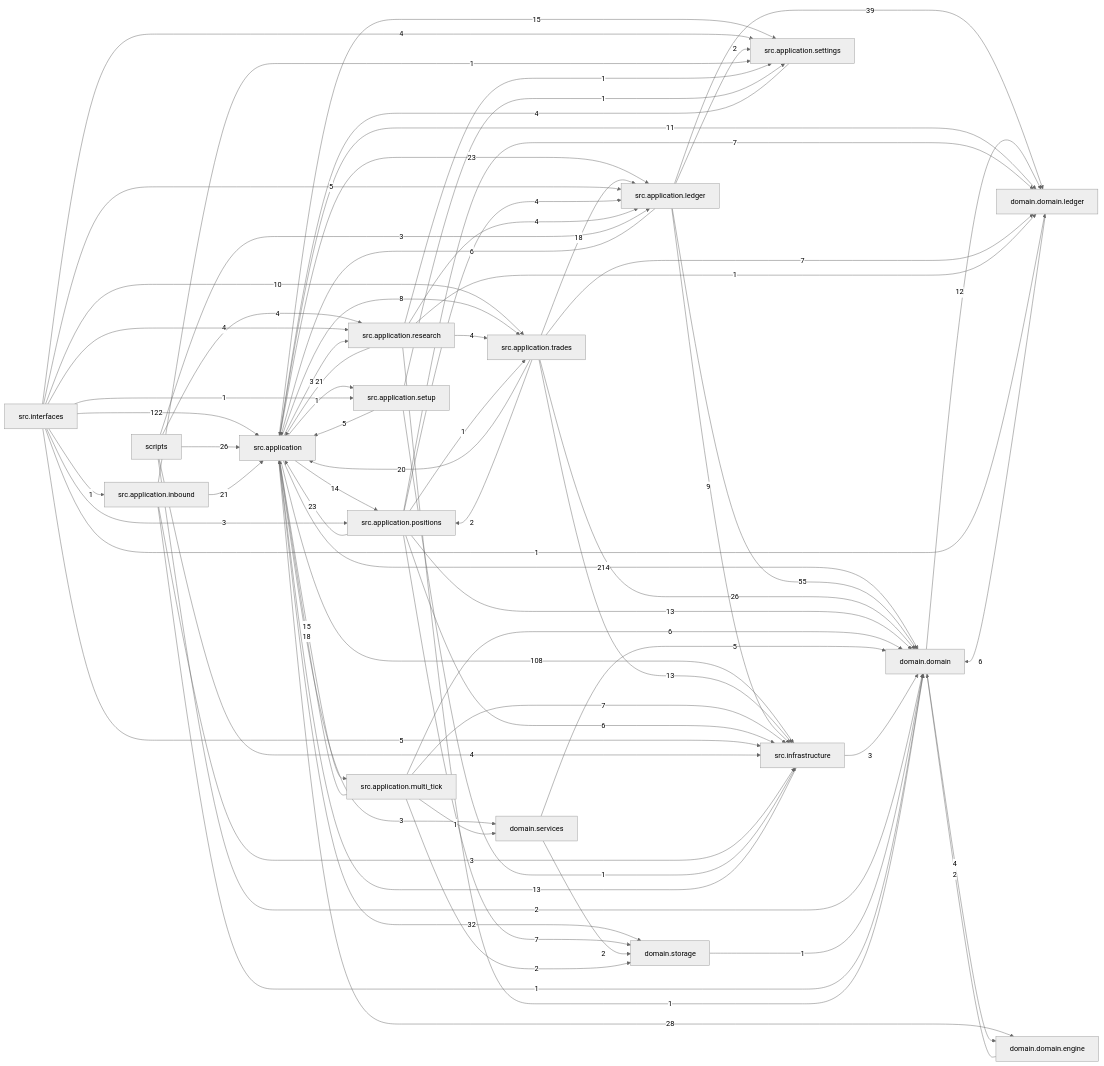
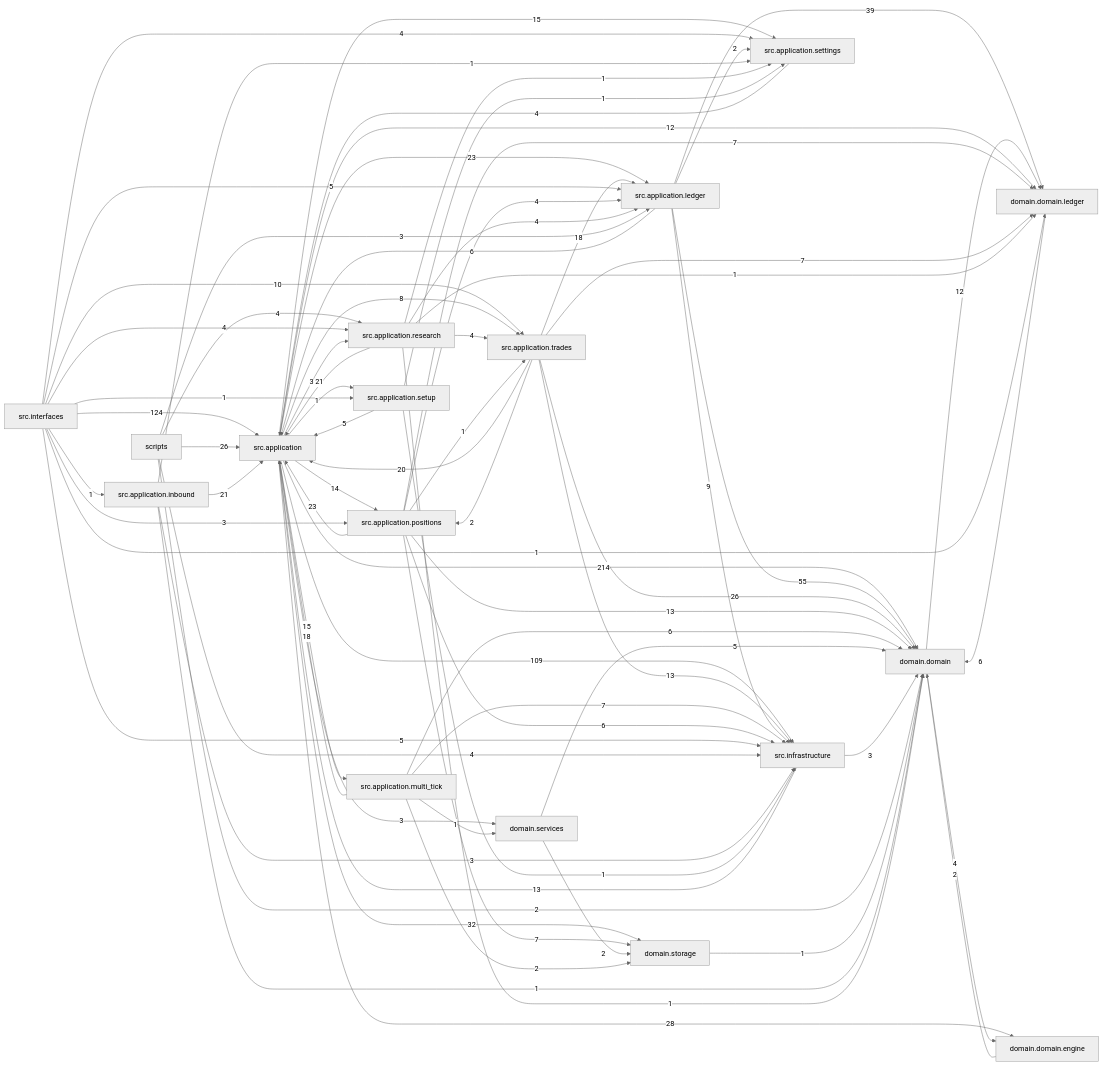
The diagram in docs/dependency_graph.mmd (liuxie066/options-monitor), drawn with Mermaid (neutral theme) before and after one commit. The commit also changed 16 other files, not shown here.

```diff
--- a/docs/dependency_graph.mmd
+++ b/docs/dependency_graph.mmd
@@ -1,75 +1,75 @@
 flowchart LR
   src_application["src.application"] -->|214| domain_domain["domain.domain"]
-  src_interfaces["src.interfaces"] -->|122| src_application["src.application"]
-  src_application["src.application"] -->|108| src_infrastructure["src.infrastructure"]
+  src_interfaces["src.interfaces"] -->|124| src_application["src.application"]
+  src_application["src.application"] -->|109| src_infrastructure["src.infrastructure"]
   src_application_ledger["src.application.ledger"] -->|55| domain_domain["domain.domain"]
   src_application_ledger["src.application.ledger"] -->|39| domain_domain_ledger["domain.domain.ledger"]
   src_application["src.application"] -->|32| domain_storage["domain.storage"]
   src_application["src.application"] -->|28| domain_domain_engine["domain.domain.engine"]
   scripts["scripts"] -->|26| src_application["src.application"]
   src_application_trades["src.application.trades"] -->|26| domain_domain["domain.domain"]
   src_application["src.application"] -->|23| src_application_ledger["src.application.ledger"]
   src_application_positions["src.application.positions"] -->|23| src_application["src.application"]
   src_application_inbound["src.application.inbound"] -->|21| src_application["src.application"]
   src_application_research["src.application.research"] -->|21| src_application["src.application"]
   src_application_trades["src.application.trades"] -->|20| src_application["src.application"]
   src_application_multi_tick["src.application.multi_tick"] -->|18| src_application["src.application"]
   src_application_trades["src.application.trades"] -->|18| src_application_ledger["src.application.ledger"]
   src_application["src.application"] -->|15| src_application_multi_tick["src.application.multi_tick"]
   src_application["src.application"] -->|15| src_application_settings["src.application.settings"]
   src_application["src.application"] -->|14| src_application_positions["src.application.positions"]
   src_application_positions["src.application.positions"] -->|13| domain_domain["domain.domain"]
   src_application_trades["src.application.trades"] -->|13| src_infrastructure["src.infrastructure"]
   src_infrastructure["src.infrastructure"] -->|13| src_application["src.application"]
   domain_domain["domain.domain"] -->|12| domain_domain_ledger["domain.domain.ledger"]
-  src_application["src.application"] -->|11| domain_domain_ledger["domain.domain.ledger"]
+  src_application["src.application"] -->|12| domain_domain_ledger["domain.domain.ledger"]
   src_interfaces["src.interfaces"] -->|10| src_application_trades["src.application.trades"]
   src_application_ledger["src.application.ledger"] -->|9| src_infrastructure["src.infrastructure"]
   src_application["src.application"] -->|8| src_application_trades["src.application.trades"]
   src_application_multi_tick["src.application.multi_tick"] -->|7| src_infrastructure["src.infrastructure"]
   src_application_positions["src.application.positions"] -->|7| domain_domain_ledger["domain.domain.ledger"]
   src_application_positions["src.application.positions"] -->|7| domain_storage["domain.storage"]
   src_application_trades["src.application.trades"] -->|7| domain_domain_ledger["domain.domain.ledger"]
   domain_domain_ledger["domain.domain.ledger"] -->|6| domain_domain["domain.domain"]
   src_application_ledger["src.application.ledger"] -->|6| src_application["src.application"]
   src_application_multi_tick["src.application.multi_tick"] -->|6| domain_domain["domain.domain"]
   src_application_positions["src.application.positions"] -->|6| src_infrastructure["src.infrastructure"]
   domain_services["domain.services"] -->|5| domain_domain["domain.domain"]
   src_application_setup["src.application.setup"] -->|5| src_application["src.application"]
   src_interfaces["src.interfaces"] -->|5| src_application_ledger["src.application.ledger"]
   src_interfaces["src.interfaces"] -->|5| src_infrastructure["src.infrastructure"]
   domain_domain["domain.domain"] -->|4| domain_domain_engine["domain.domain.engine"]
   scripts["scripts"] -->|4| src_application_research["src.application.research"]
   scripts["scripts"] -->|4| src_infrastructure["src.infrastructure"]
   src_application_positions["src.application.positions"] -->|4| src_application_ledger["src.application.ledger"]
   src_application_research["src.application.research"] -->|4| src_application_ledger["src.application.ledger"]
   src_application_research["src.application.research"] -->|4| src_application_trades["src.application.trades"]
   src_application_settings["src.application.settings"] -->|4| src_application["src.application"]
   src_interfaces["src.interfaces"] -->|4| src_application_research["src.application.research"]
   src_interfaces["src.interfaces"] -->|4| src_application_settings["src.application.settings"]
   scripts["scripts"] -->|3| src_application_ledger["src.application.ledger"]
   src_application["src.application"] -->|3| domain_services["domain.services"]
   src_application["src.application"] -->|3| src_application_research["src.application.research"]
   src_application_inbound["src.application.inbound"] -->|3| src_infrastructure["src.infrastructure"]
   src_infrastructure["src.infrastructure"] -->|3| domain_domain["domain.domain"]
   src_interfaces["src.interfaces"] -->|3| src_application_positions["src.application.positions"]
   domain_domain_engine["domain.domain.engine"] -->|2| domain_domain["domain.domain"]
   domain_services["domain.services"] -->|2| domain_storage["domain.storage"]
   scripts["scripts"] -->|2| domain_domain["domain.domain"]
   src_application_ledger["src.application.ledger"] -->|2| src_application_settings["src.application.settings"]
   src_application_multi_tick["src.application.multi_tick"] -->|2| domain_storage["domain.storage"]
   src_application_trades["src.application.trades"] -->|2| src_application_positions["src.application.positions"]
   domain_storage["domain.storage"] -->|1| domain_domain["domain.domain"]
   src_application["src.application"] -->|1| src_application_setup["src.application.setup"]
   src_application_inbound["src.application.inbound"] -->|1| domain_domain["domain.domain"]
   src_application_inbound["src.application.inbound"] -->|1| src_application_settings["src.application.settings"]
   src_application_multi_tick["src.application.multi_tick"] -->|1| domain_services["domain.services"]
   src_application_positions["src.application.positions"] -->|1| src_application_trades["src.application.trades"]
   src_application_research["src.application.research"] -->|1| domain_domain["domain.domain"]
   src_application_research["src.application.research"] -->|1| domain_domain_ledger["domain.domain.ledger"]
   src_application_research["src.application.research"] -->|1| src_application_settings["src.application.settings"]
   src_application_setup["src.application.setup"] -->|1| src_application_settings["src.application.settings"]
   src_application_setup["src.application.setup"] -->|1| src_infrastructure["src.infrastructure"]
   src_interfaces["src.interfaces"] -->|1| domain_domain_ledger["domain.domain.ledger"]
   src_interfaces["src.interfaces"] -->|1| src_application_inbound["src.application.inbound"]
   src_interfaces["src.interfaces"] -->|1| src_application_setup["src.application.setup"]
```
